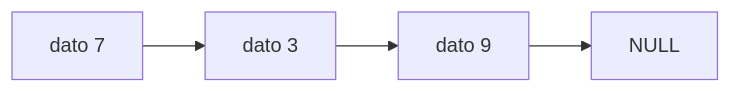
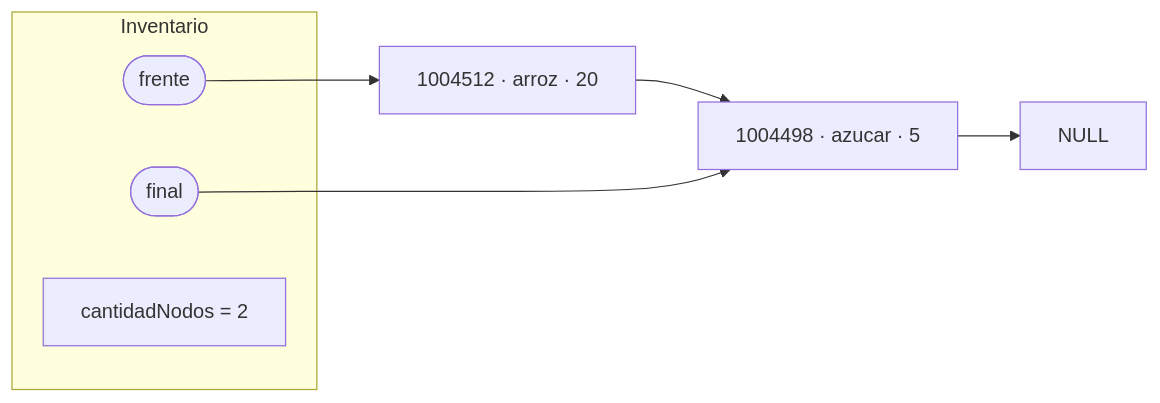
One commit to pipedu26/estr-2026-2-proyecto changed the diagram in docs/informe-avance.md. Above: the diagram before and after it, drawn with Mermaid. The commit also changed other lines of this file and 1 other file, not shown here.

````diff
--- a/docs/informe-avance.md
+++ b/docs/informe-avance.md
@@ -40,4 +40,12 @@
 ```mermaid
 flowchart LR
-  n1["dato 7"] --> n2["dato 3"] --> n3["dato 9"] --> nil["NULL"]
+  subgraph Inventario
+    fr(["frente"])
+    fi(["final"])
+    cn["cantidadNodos = 2"]
+  end
+  fr --> n1["1004512 · arroz · 20"]
+  n1 --> n2["1004498 · azucar · 5"]
+  n2 --> nil["NULL"]
+  fi --> n2
 ```
````
